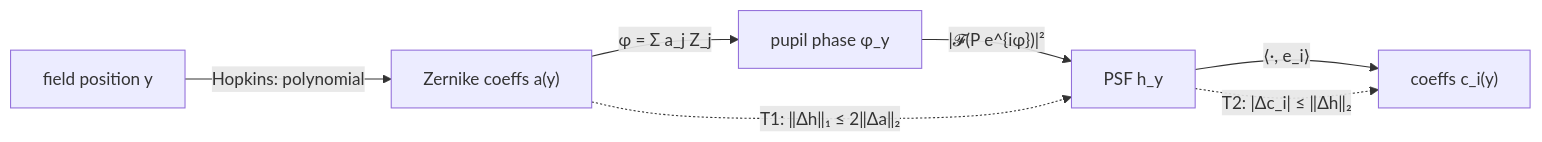
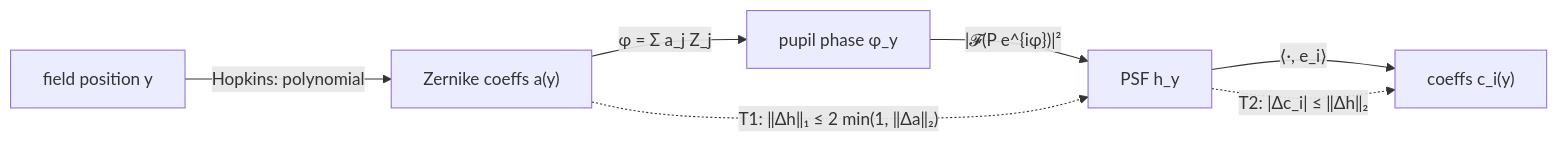
Before and after one commit to ctr26/jrl-impute: the diagram in docs/PROOFS.md, drawn with Mermaid. The commit also changed other lines of this file and 16 other files, not shown here.

````diff
--- a/docs/PROOFS.md
+++ b/docs/PROOFS.md
@@ -34,9 +41,9 @@
 ```mermaid
 flowchart LR
   y["field position y"] -->|"Hopkins: polynomial"| a["Zernike coeffs a(y)"]
   a -->|"φ = Σ a_j Z_j"| phi["pupil phase φ_y"]
   phi -->|"|𝓕(P e^{iφ})|²"| h["PSF h_y"]
   h -->|"⟨·, e_i⟩"| c["coeffs c_i(y)"]
-  a -. "T1: ‖Δh‖₁ ≤ 2‖Δa‖₂" .-> h
+  a -. "T1: ‖Δh‖₁ ≤ 2 min(1, ‖Δa‖₂)" .-> h
   h -. "T2: |Δc_i| ≤ ‖Δh‖₂" .-> c
 ```
````
